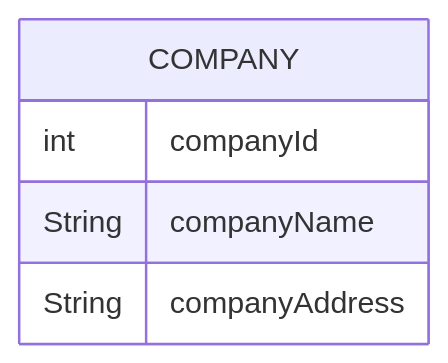
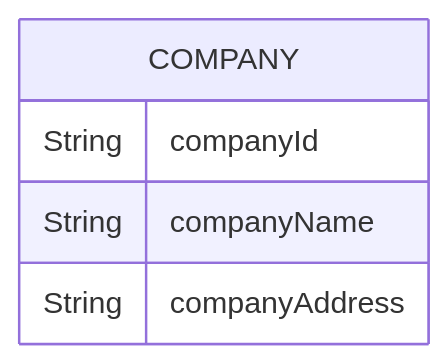
The third of 4 diagrams in 03.bff+backend/README.md (Showichiro/graphql-handson), drawn with Mermaid before and after one commit. The commit also changed other lines of this file, not shown here.

````diff
--- a/03.bff+backend/README.md
+++ b/03.bff+backend/README.md
@@ -410,8 +410,8 @@
 ```mermaid
 erDiagram
     COMPANY {
-        int companyId
+        String companyId
         String companyName
         String companyAddress
     }
 ```
````
